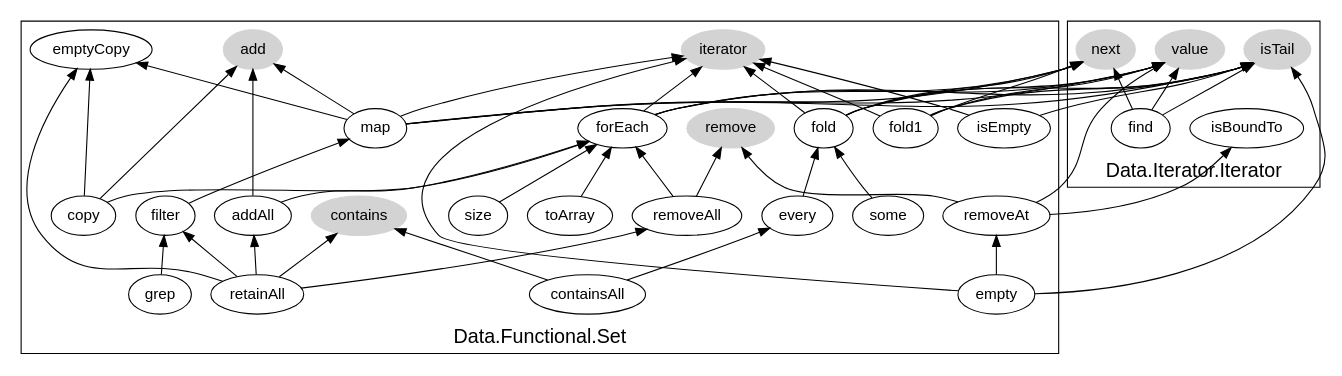
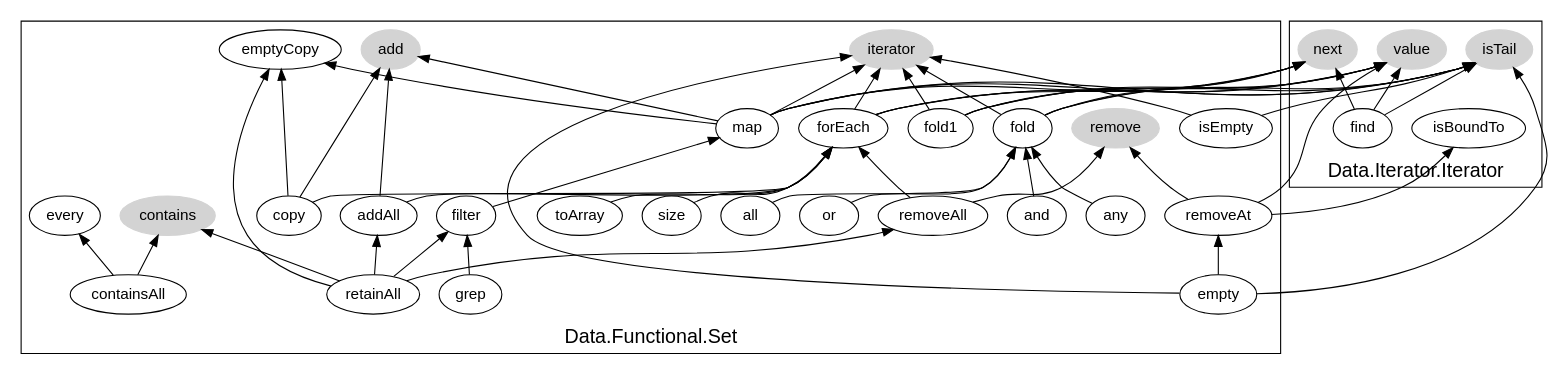
The diagram in Data.Functional/trunk/misc/Set.dot (jsthread/jsthread), drawn with Graphviz before and after one commit. The commit also changed 11 other files, not shown here.

Commit message:
[Data.Functional] *Renamed "every" -> "all" and "some" -> "any". *Added "and" and "or" methods. *These methods conform to customs of Haskell's Prelude library. (This revision fails a test of 04fold.js.)

```diff
--- a/Data.Functional/trunk/misc/Set.dot
+++ b/Data.Functional/trunk/misc/Set.dot
@@ -1,89 +1,91 @@
 digraph Set {
     graph [ rankdir  = BT
             color    = black
             fontname = Arial
             fontsize = 18    ]
     node  [ fontname = Arial ]
     
     
     subgraph cluster_Iterator {
         label = "Data.Iterator.Iterator"
         
         value  [ style=filled, color=lightgray ]
         isTail [ style=filled, color=lightgray ]
         next   [ style=filled, color=lightgray ]
         
         isBoundTo
         
         find -> isTail
         find -> next
         find -> value
     }
     
     
     subgraph cluster_Set {
         label = "Data.Functional.Set"
         
         /* From Enumerable --> */
         iterator [ style=filled, color=lightgray ]
         
         forEach -> iterator
         forEach -> isTail
         forEach -> next
         forEach -> value
         fold    -> iterator
         fold    -> isTail
         fold    -> next
         fold    -> value
         fold1   -> iterator
         fold1   -> isTail
         fold1   -> next
         fold1   -> value
-        every   -> fold
-        some    -> fold
+        and     -> fold
+        or      -> fold
+        all     -> fold
+        any     -> fold
         /* <-- From Enumerable */
         
         /* From Collection --> */
         add      [ style=filled, color=lightgray ]
         /* removeAt [ style=filled, color=lightgray ] */
     
         toArray -> forEach
         addAll  -> add
         addAll  -> forEach
         isEmpty -> iterator
         isEmpty -> isTail
         empty   -> iterator
         empty   -> isTail
         empty   -> removeAt
         size    -> forEach
         copy    -> emptyCopy
         copy    -> forEach
         copy    -> add
         filter  -> map
         grep    -> filter
         map     -> emptyCopy
         map     -> isTail
         map     -> next
         map     -> value
         map     -> iterator
         map     -> add
         /* <-- From Collection */
         
         contains [ style=filled, color=lightgray ]
         remove   [ style=filled, color=lightgray ]
         
         containsAll -> contains
         containsAll -> every
         removeAll   -> remove
         removeAll   -> forEach
         removeAt    -> isBoundTo
         removeAt    -> value
         removeAt    -> remove
         retainAll   -> emptyCopy
         retainAll   -> addAll
         retainAll   -> removeAll
         retainAll   -> filter
         retainAll   -> contains
     }
     
 }
```
